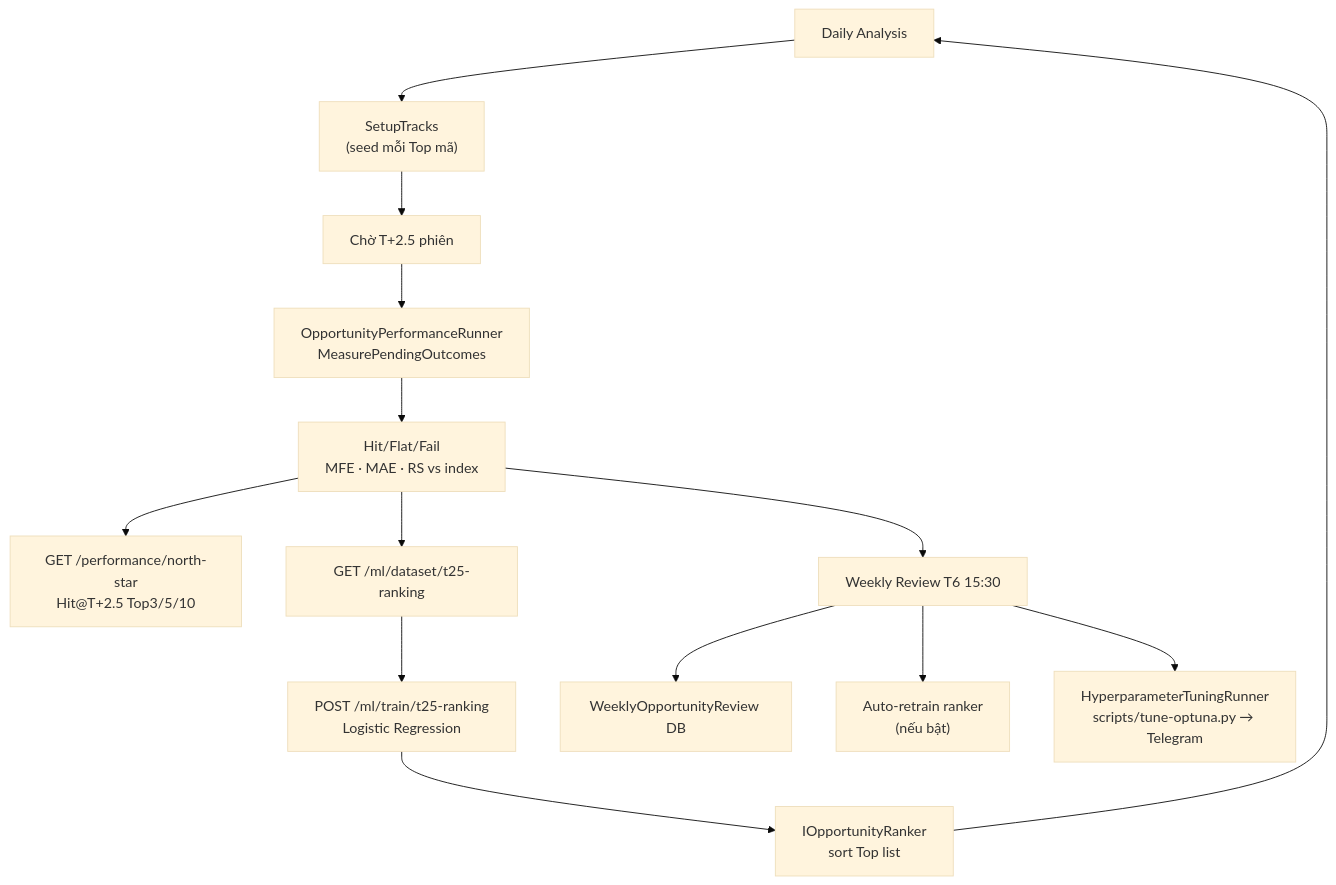
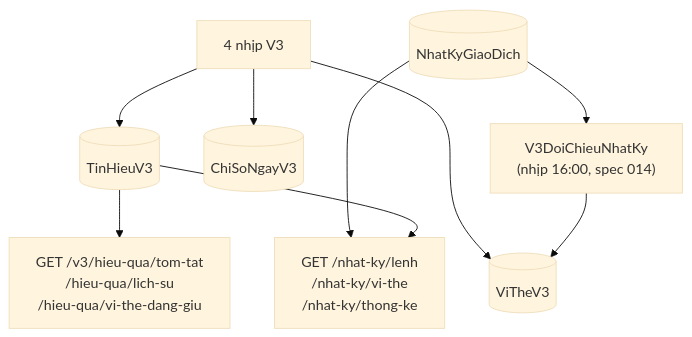
Before and after one commit to Benjamincntt/StockRadar: the fourth of 6 diagrams in docs/architecture.md, drawn with Mermaid (base theme). The commit also changed other lines of this file and 48 other files, not shown here.

````diff
--- a/docs/architecture.md
+++ b/docs/architecture.md
@@ -307,19 +196,11 @@
 ```mermaid
 flowchart TB
-    DA["Daily Analysis"] --> ST["SetupTracks\n(seed mỗi Top mã)"]
-    ST --> WAIT["Chờ T+2.5 phiên"]
-    WAIT --> MEAS["OpportunityPerformanceRunner\nMeasurePendingOutcomes"]
-    MEAS --> OUT["Hit/Flat/Fail\nMFE · MAE · RS vs index"]
-
-    OUT --> NS["GET /performance/north-star\nHit@T+2.5 Top3/5/10"]
-    OUT --> DS["GET /ml/dataset/t25-ranking"]
-    DS --> TRAIN["POST /ml/train/t25-ranking\nLogistic Regression"]
-    TRAIN --> RANK["IOpportunityRanker\nsort Top list"]
-
-    OUT --> WR["Weekly Review T6 15:30"]
-    WR --> RV["WeeklyOpportunityReview DB"]
-    WR --> AR["Auto-retrain ranker\n(nếu bật)"]
-    WR --> HPO["HyperparameterTuningRunner\nscripts/tune-optuna.py → Telegram"]
-
-    RANK --> DA
+    V3["4 nhịp V3"] --> T[("TinHieuV3")]
+    V3 --> VT[("ViTheV3")]
+    V3 --> C[("ChiSoNgayV3")]
+    NK[("NhatKyGiaoDich")] --> DK["V3DoiChieuNhatKy\n(nhịp 16:00, spec 014)"]
+    DK --> VT
+    T --> HQ["GET /v3/hieu-qua/tom-tat\n/hieu-qua/lich-su\n/hieu-qua/vi-the-dang-giu"]
+    NK --> NKAPI["GET /nhat-ky/lenh\n/nhat-ky/vi-the\n/nhat-ky/thong-ke"]
+    T --> NKAPI
 ```
````
